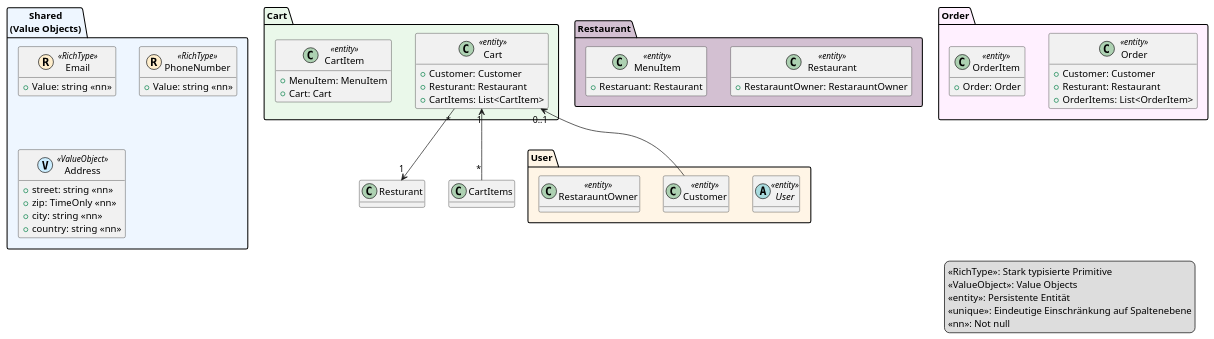
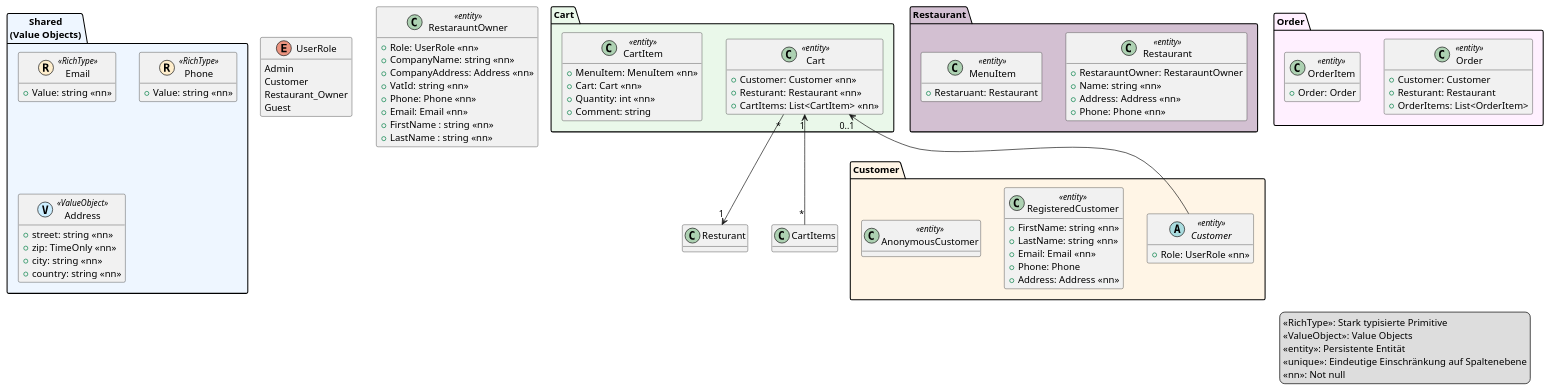
Before and after one commit to rw-dalai/spengerbite-api-6bkif: the diagram in model.puml, drawn with PlantUML.

Commit message:
feat: draft puml v3

```diff
--- a/model.puml
+++ b/model.puml
@@ -1,97 +1,125 @@
 @startuml
 
 
 ' ---- Layout & Stil ----
 hide empty methods
 
  
 ' ---- Legende ----
 legend right
 <<RichType>>: Stark typisierte Primitive
 <<ValueObject>>: Value Objects
 <<entity>>: Persistente Entität
 <<unique>>: Eindeutige Einschränkung auf Spaltenebene
 <<nn>>: Not null
 endlegend
 
 ' ===================== Packages =====================
 
 package "Shared\n(Value Objects)" as P_Shared #EEF6FF {
  
   class Email << (R,#FFEECC) RichType >> {
     +Value: string <<nn>>
   }
  
-  class PhoneNumber << (R,#FFEECC) RichType >> {
+  class Phone << (R,#FFEECC) RichType >> {
     +Value: string <<nn>>
   }
  
   class Address << (V,#CCEEFF) ValueObject >> {
     +street: string <<nn>>
     +zip: TimeOnly <<nn>>
     +city: string <<nn>>
     +country: string <<nn>>
   }
 }
 
-package "User" as P_User #FFF5E6 {
+enum UserRole {
+  Admin
+  Customer
+  Restaurant_Owner
+  Guest
+}
 
-    abstract class User <<entity>> {
-    
+package "Customer" as P_Customer #FFF5E6 {
+
+    abstract class Customer <<entity>> {
+        +Role: UserRole <<nn>>
     }
     
-    class Customer <<entity>> {
+    class RegisteredCustomer <<entity>> {
+       +FirstName: string <<nn>>
+       +LastName: string <<nn>>
+       +Email: Email <<nn>>
+       +Phone: Phone
+       +Address: Address <<nn>>
     }
     
-    class RestarauntOwner <<entity>> {
+    class AnonymousCustomer <<entity>> {
     }
 }
+
+ class RestarauntOwner <<entity>> {
+    +Role: UserRole <<nn>>
+    +CompanyName: string <<nn>>
+    +CompanyAddress: Address <<nn>>
+    +VatId: string <<nn>>
+    +Phone: Phone <<nn>>
+    +Email: Email <<nn>>
+    +FirstName : string <<nn>>
+    +LastName : string <<nn>>
+ }
 
 
 package "Cart" as P_Cart #EAF8EA {
 
     class Cart <<entity>> {
-        +Customer: Customer
-        +Resturant: Restaurant
-        +CartItems: List<CartItem>
+        +Customer: Customer <<nn>>
+        +Resturant: Restaurant <<nn>>
+        +CartItems: List<CartItem> <<nn>>
     }
     
     class CartItem <<entity>> {
-        +MenuItem: MenuItem
-        +Cart: Cart
+        +MenuItem: MenuItem <<nn>>
+        +Cart: Cart <<nn>>
+        +Quantity: int <<nn>>
+        +Comment: string
     }
 }
 
 
 package "Restaurant" as P_Restaurant #D3C0D2 {
 
    class Restaurant <<entity>> {
         +RestarauntOwner: RestarauntOwner
+        +Name: string <<nn>>
+        +Address: Address <<nn>>
+        +Phone: Phone <<nn>>
     }
 
     class MenuItem <<entity>> {
         +Restaruant: Restaurant
     }
 }
 
 
 package "Order" as P_Order #FFF0FF {
 
     class Order <<entity>> {
         +Customer: Customer
         +Resturant: Restaurant
         +OrderItems: List<OrderItem>
     }
     
     class OrderItem <<entity>> {
         +Order: Order
     }
 }
 
 ' ===================== Beziehungen =====================
 
 Cart "0..1" <-- Customer
 Cart "*" --> "1" Resturant
 Cart "1" <-- "*" CartItems
 
 @enduml
```
